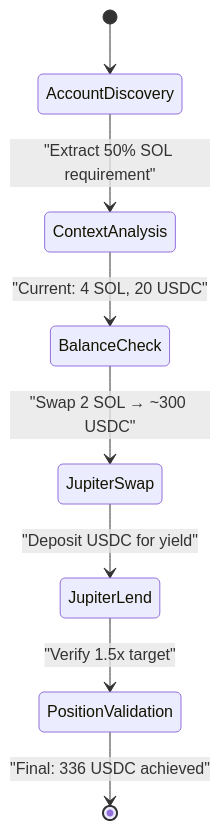
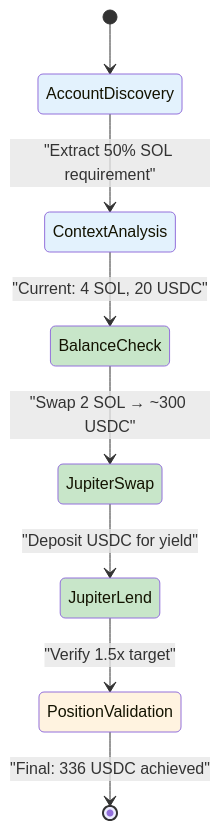
The third of 3 diagrams in HANDOVER.md (gist-rs/reev), drawn with Mermaid before and after one commit. The commit also changed other lines of this file, not shown here.

First line of the commit message:
handover: Update with Issue #42 - Dynamic Flow Mermaid Shows High-Level Steps Not Tool Call Sequence

````diff
--- a/HANDOVER.md
+++ b/HANDOVER.md
@@ -120,10 +209,17 @@
-   ```mermaid
-   stateDiagram
-       [*] --> AccountDiscovery
-       AccountDiscovery --> ContextAnalysis : "Extract 50% SOL requirement"
-       ContextAnalysis --> BalanceCheck : "Current: 4 SOL, 20 USDC"
-       BalanceCheck --> JupiterSwap : "Swap 2 SOL → ~300 USDC"
-       JupiterSwap --> JupiterLend : "Deposit USDC for yield"
-       JupiterLend --> PositionValidation : "Verify 1.5x target"
-       PositionValidation --> [*] : "Final: 336 USDC achieved"
-   ```
+```mermaid
+stateDiagram
+    [*] --> AccountDiscovery
+    AccountDiscovery --> ContextAnalysis : "Extract 50% SOL requirement"
+    ContextAnalysis --> BalanceCheck : "Current: 4 SOL, 20 USDC"
+    BalanceCheck --> JupiterSwap : "Swap 2 SOL → ~300 USDC"
+    JupiterSwap --> JupiterLend : "Deposit USDC for yield"
+    JupiterLend --> PositionValidation : "Verify 1.5x target"
+    PositionValidation --> [*] : "Final: 336 USDC achieved"
+
+classDef discovery fill:#e3f2fd
+classDef tools fill:#c8e6c9  
+classDef validation fill:#fff3e0
+class AccountDiscovery,ContextAnalysis discovery
+class BalanceCheck,JupiterSwap,JupiterLend tools
+class PositionValidation validation
+```
````
